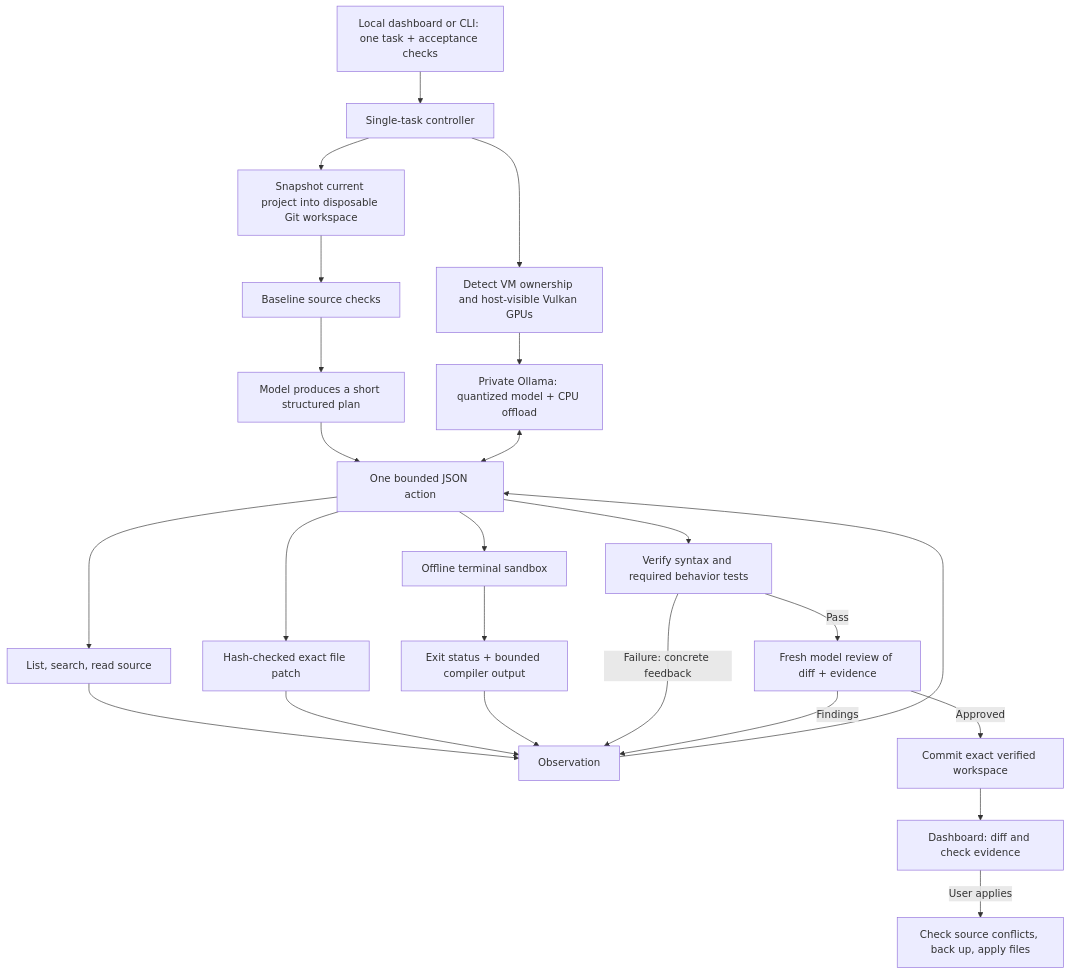
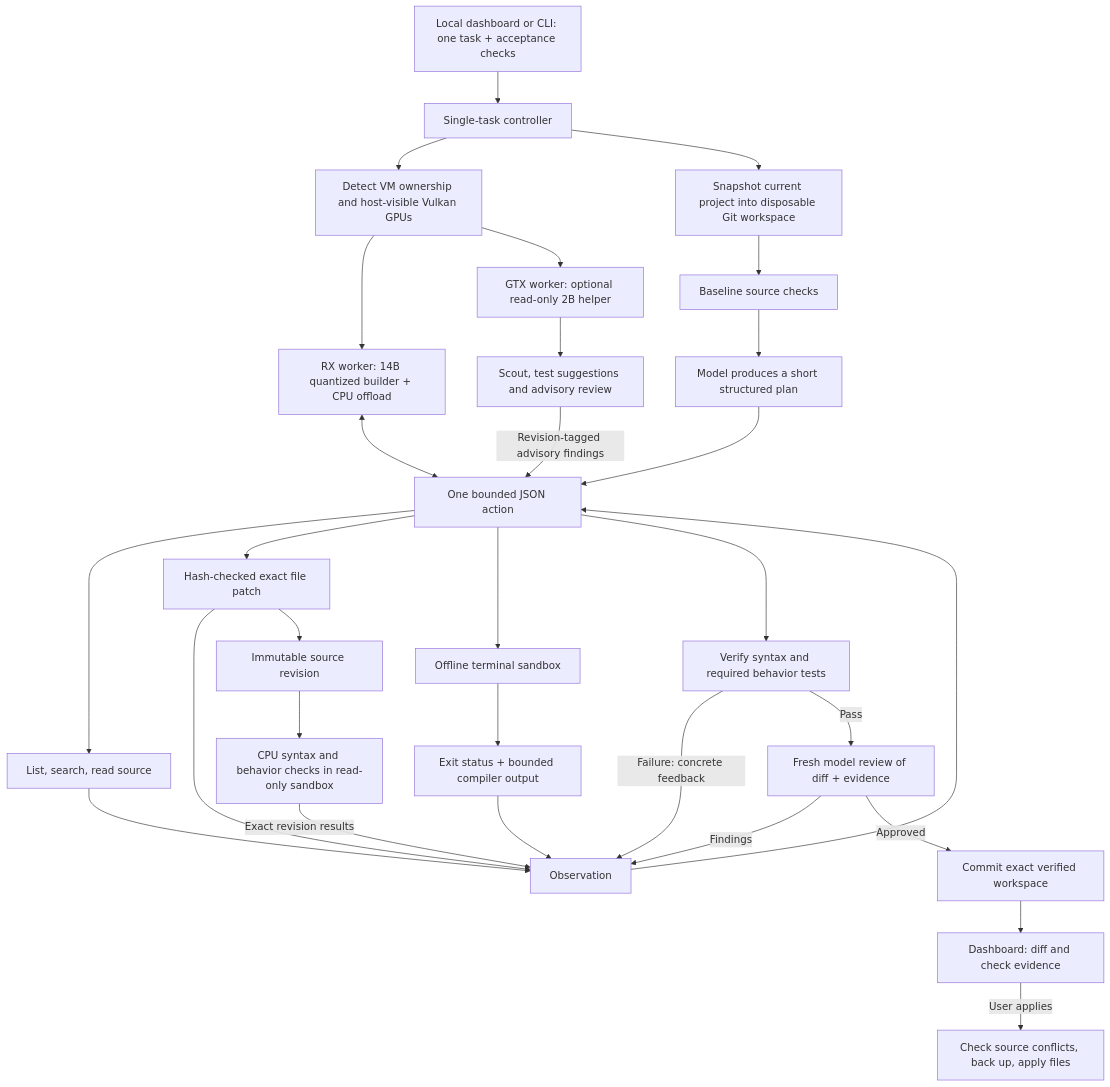
One commit to Alden-Gerald/Lumina changed the diagram in docs/architecture.md. Above: the diagram before and after it, drawn with Mermaid. The commit also changed other lines of this file and 19 other files, not shown here.

Commit message:
Run RX builder with GTX helpers and immutable parallel checks

````diff
--- a/docs/architecture.md
+++ b/docs/architecture.md
@@ -3,26 +3,32 @@
 ```mermaid
 flowchart TD
     U[Local dashboard or CLI: one task + acceptance checks] --> C[Single-task controller]
     C --> G[Detect VM ownership and host-visible Vulkan GPUs]
-    G --> L[Private Ollama: quantized model + CPU offload]
+    G --> L[RX worker: 14B quantized builder + CPU offload]
+    G --> H[GTX worker: optional read-only 2B helper]
+    H --> HA[Scout, test suggestions and advisory review]
+    HA -->|Revision-tagged advisory findings| A
     C --> W[Snapshot current project into disposable Git workspace]
     W --> B[Baseline source checks]
     B --> P[Model produces a short structured plan]
     P --> A[One bounded JSON action]
     L <--> A
     A --> R[List, search, read source]
     A --> F[Hash-checked exact file patch]
     A --> S[Offline terminal sandbox]
     R --> O[Observation]
     F --> O
+    F --> CS[Immutable source revision]
+    CS --> CC[CPU syntax and behavior checks in read-only sandbox]
+    CC -->|Exact revision results| O
     S --> E[Exit status + bounded compiler output]
     E --> O
     O --> A
     A --> V[Verify syntax and required behavior tests]
     V -->|Failure: concrete feedback| O
     V -->|Pass| Q[Fresh model review of diff + evidence]
     Q -->|Findings| O
     Q -->|Approved| K[Commit exact verified workspace]
     K --> D[Dashboard: diff and check evidence]
     D -->|User applies| X[Check source conflicts, back up, apply files]
 ```
````
